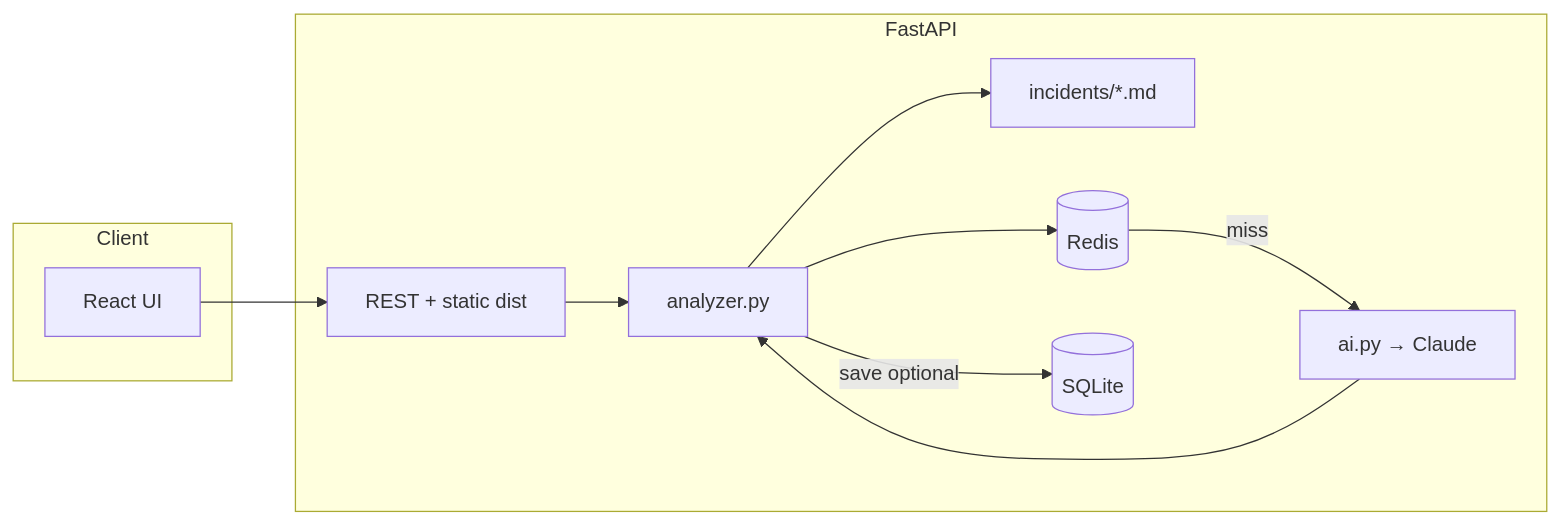
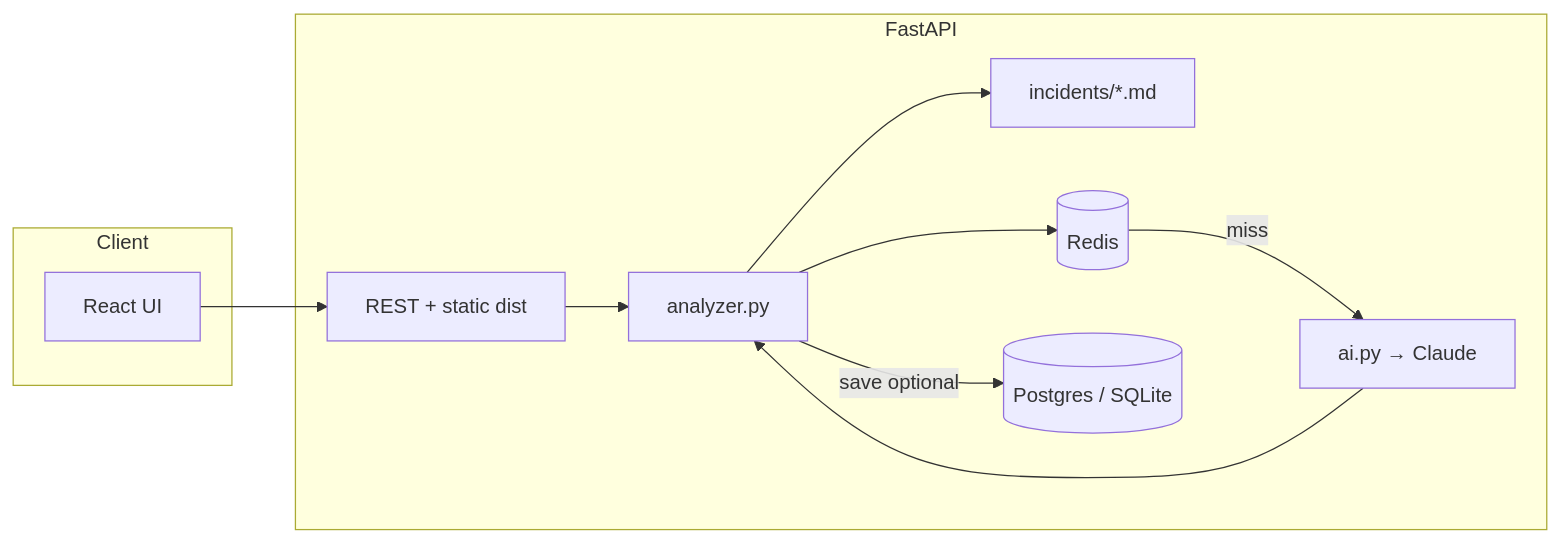
The first of 2 diagrams in README.md (manavmalavia18/DebugPilot), drawn with Mermaid before and after one commit. The commit also changed other lines of this file and 10 other files, not shown here.

````diff
--- a/README.md
+++ b/README.md
@@ -181,21 +184,21 @@
 ```mermaid
 flowchart LR
   subgraph client [Client]
     UI[React UI]
   end
   subgraph api [FastAPI]
     Routes[REST + static dist]
     Analyzer[analyzer.py]
     Playbooks[incidents/*.md]
     Cache[(Redis)]
     AI[ai.py → Claude]
-    DB[(SQLite)]
+    DB[(Postgres / SQLite)]
   end
   UI --> Routes
   Routes --> Analyzer
   Analyzer --> Playbooks
   Analyzer --> Cache
   Cache -->|miss| AI
   AI --> Analyzer
   Analyzer -->|save optional| DB
 ```
````
